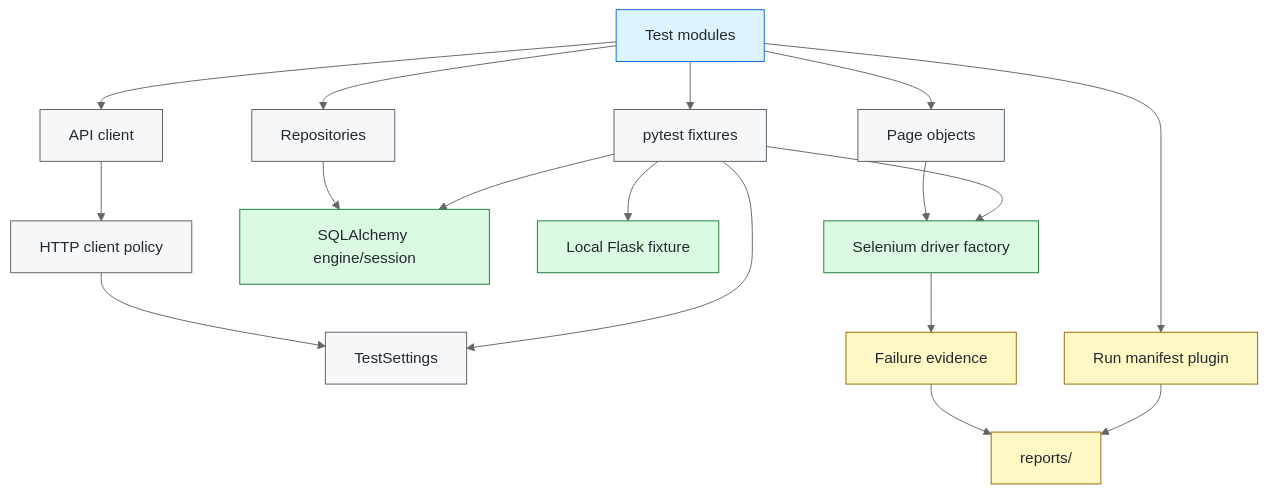
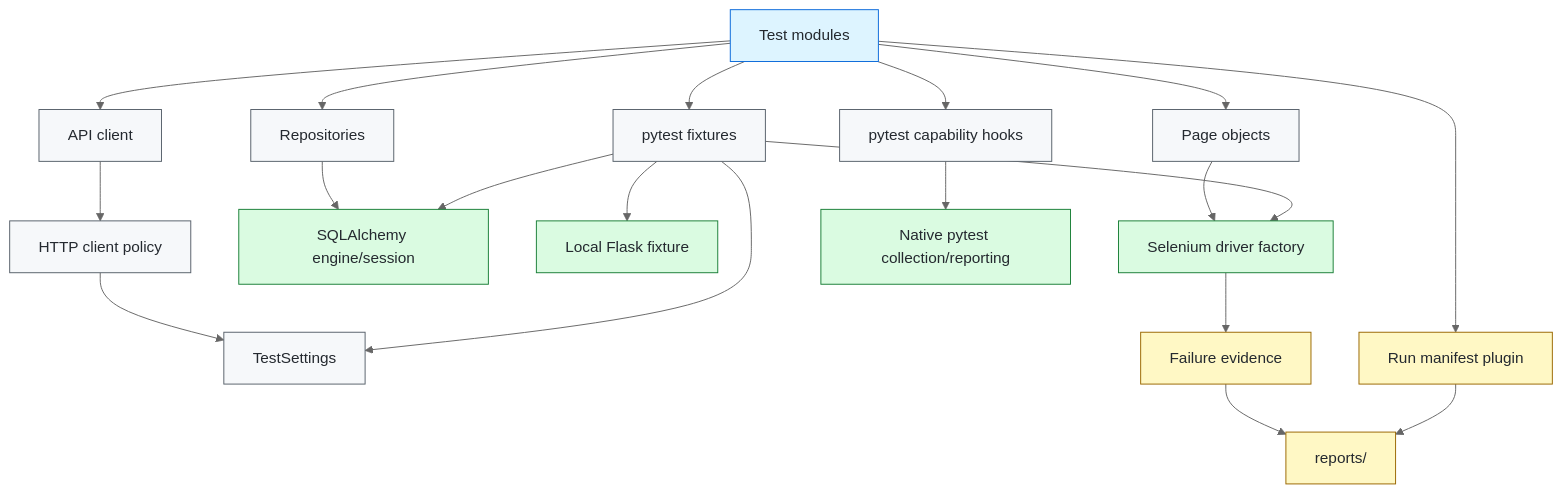
Before and after one commit to portyu9/qa-automation-python-pytest: the first of 2 diagrams in docs/ARCHITECTURE.md, drawn with Mermaid (neutral theme). The commit also changed other lines of this file, not shown here.

Commit message:
document pytest selection and runtime safety contracts

````diff
--- a/docs/ARCHITECTURE.md
+++ b/docs/ARCHITECTURE.md
@@ -11,28 +11,30 @@
 ```mermaid
 flowchart TD
     TESTS[Test modules] --> FIX[pytest fixtures]
     TESTS --> PAGES[Page objects]
     TESTS --> API[API client]
     TESTS --> REPO[Repositories]
     FIX --> CFG[TestSettings]
     FIX --> DRIVER[Selenium driver factory]
     FIX --> DB[SQLAlchemy engine/session]
     FIX --> MOCK[Local Flask fixture]
+    TESTS --> CAP[pytest capability hooks]
     PAGES --> DRIVER
     API --> HTTP[HTTP client policy]
     HTTP --> CFG
     REPO --> DB
     TESTS --> MAN[Run manifest plugin]
     DRIVER --> DIAG[Failure evidence]
+    CAP --> PYTEST[Native pytest collection/reporting]
     MAN --> REPORTS[reports/]
     DIAG --> REPORTS
 
     classDef intent fill:#ddf4ff,stroke:#0969da,color:#24292f;
     classDef policy fill:#f6f8fa,stroke:#57606a,color:#24292f;
     classDef boundary fill:#dafbe1,stroke:#1a7f37,color:#24292f;
     classDef evidence fill:#fff8c5,stroke:#9a6700,color:#24292f;
     class TESTS intent;
-    class FIX,CFG,PAGES,API,REPO,HTTP policy;
-    class DRIVER,DB,MOCK boundary;
+    class FIX,CFG,PAGES,API,REPO,HTTP,CAP policy;
+    class DRIVER,DB,MOCK,PYTEST boundary;
     class MAN,DIAG,REPORTS evidence;
 ```
````
